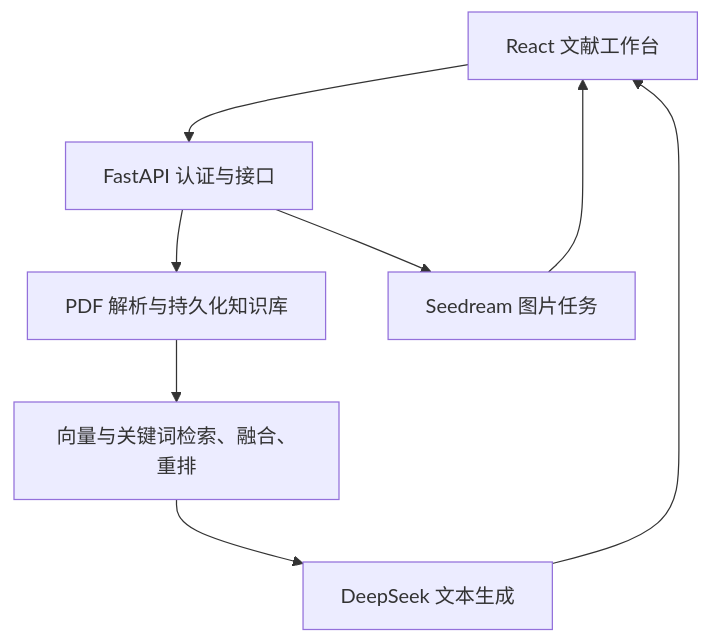
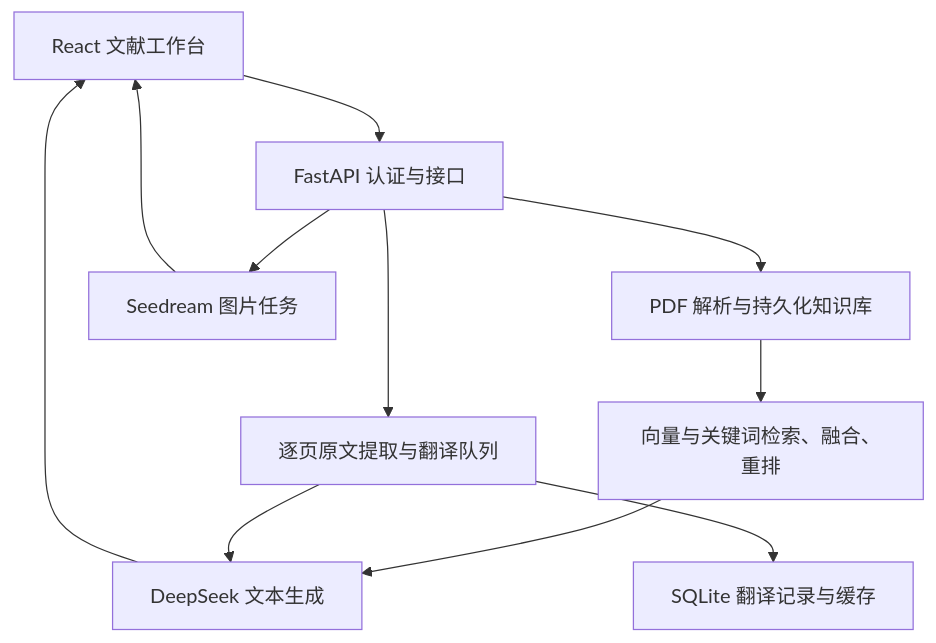
The diagram in docs/DEVELOPMENT.md (LFJ-666-ht/academic-rag-assistant), drawn with Mermaid before and after one commit. The commit also changed other lines of this file and 23 other files, not shown here.

````diff
--- a/docs/DEVELOPMENT.md
+++ b/docs/DEVELOPMENT.md
@@ -7,10 +7,13 @@
 ```mermaid
 flowchart TD
     UI["React 文献工作台"] --> API["FastAPI 认证与接口"]
     API --> KB["PDF 解析与持久化知识库"]
     KB --> R["向量与关键词检索、融合、重排"]
     R --> T["DeepSeek 文本生成"]
     T --> UI
+    API --> P["逐页原文提取与翻译队列"]
+    P --> T
+    P --> D["SQLite 翻译记录与缓存"]
     API --> I["Seedream 图片任务"]
     I --> UI
 ```
````
